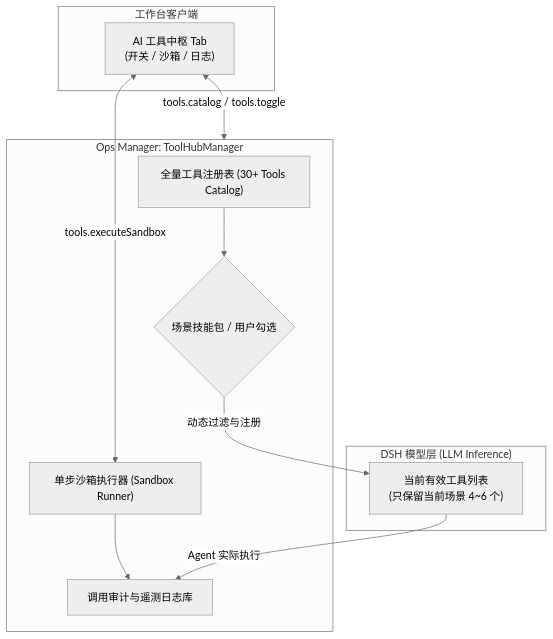
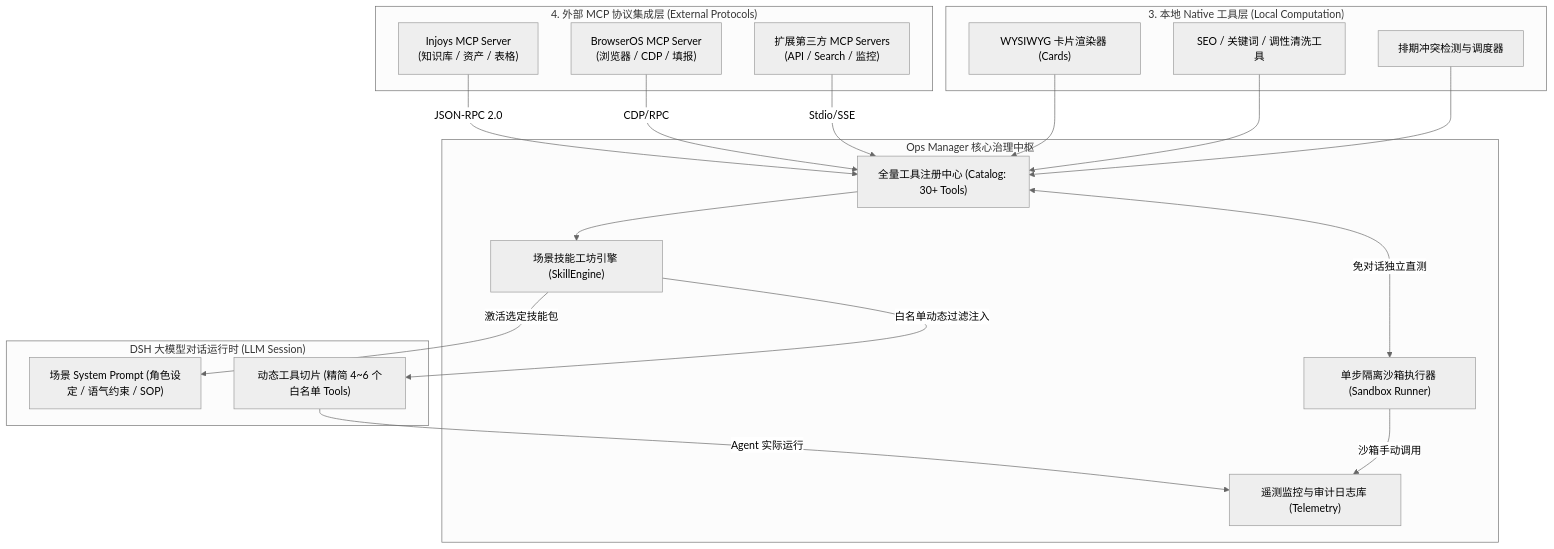
One commit to InJoysAI/dsh-growth-studio changed the fourth of 6 diagrams in docs/technical_architecture.md. Above: the diagram before and after it, drawn with Mermaid (neutral theme). The commit also changed other lines of this file and 1 other file, not shown here.

Commit message:
docs: update product requirements and technical architecture documentation

````diff
--- a/docs/technical_architecture.md
+++ b/docs/technical_architecture.md
@@ -682,24 +773,41 @@
 ```mermaid
 graph TD
-    subgraph DshCore ["DSH 模型层 (LLM Inference)"]
-        ActiveTools["当前有效工具列表<br/>(只保留当前场景 4~6 个)"]
+    subgraph Layer1 ["4. 外部 MCP 协议集成层 (External Protocols)"]
+        InjoysMCP["Injoys MCP Server<br/>(知识库 / 资产 / 表格)"]
+        BrowserOSMCP["BrowserOS MCP Server<br/>(浏览器 / CDP / 填报)"]
+        CustomMCP["扩展第三方 MCP Servers<br/>(API / Search / 监控)"]
     end
 
-    subgraph ToolHub ["Ops Manager: ToolHubManager"]
-        FullCatalog["全量工具注册表 (30+ Tools Catalog)"]
-        PresetSelector{"场景技能包 / 用户勾选"}
-        SandboxRunner["单步沙箱执行器 (Sandbox Runner)"]
-        TelemetryRecorder["调用审计与遥测日志库"]
+    subgraph Layer2 ["3. 本地 Native 工具层 (Local Computation)"]
+        NativeCards["WYSIWYG 卡片渲染器 (Cards)"]
+        NativeNLP["SEO / 关键词 / 调性清洗工具"]
+        NativeSched["排期冲突检测与调度器"]
     end
 
-    subgraph UI ["工作台客户端"]
-        HubUI["AI 工具中枢 Tab<br/>(开关 / 沙箱 / 日志)"]
+    subgraph ToolHub ["Ops Manager 核心治理中枢"]
+        Catalog["全量工具注册中心 (Catalog: 30+ Tools)"]
+        SkillEngine["场景技能工坊引擎 (SkillEngine)"]
+        SandboxRunner["单步隔离沙箱执行器 (Sandbox Runner)"]
+        TelemetryLogger["遥测监控与审计日志库 (Telemetry)"]
     end
 
-    FullCatalog --> PresetSelector
-    PresetSelector -->|动态过滤与注册| ActiveTools
-    HubUI <-->|tools.catalog / tools.toggle| ToolHub
-    HubUI <-->|tools.executeSandbox| SandboxRunner
-    SandboxRunner --> TelemetryRecorder
-    ActiveTools -->|Agent 实际执行| TelemetryRecorder
+    subgraph DshRuntime ["DSH 大模型对话运行时 (LLM Session)"]
+        SopPrompt["场景 System Prompt (角色设定 / 语气约束 / SOP)"]
+        ActiveToolSlice["动态工具切片 (精简 4~6 个白名单 Tools)"]
+    end
+
+    InjoysMCP -->|JSON-RPC 2.0| Catalog
+    BrowserOSMCP -->|CDP/RPC| Catalog
+    CustomMCP -->|Stdio/SSE| Catalog
+    NativeCards --> Catalog
+    NativeNLP --> Catalog
+    NativeSched --> Catalog
+
+    Catalog --> SkillEngine
+    SkillEngine -->|激活选定技能包| SopPrompt
+    SkillEngine -->|白名单动态过滤注入| ActiveToolSlice
+
+    Catalog <-->|免对话独立直测| SandboxRunner
+    ActiveToolSlice -->|Agent 实际运行| TelemetryLogger
+    SandboxRunner -->|沙箱手动调用| TelemetryLogger
 ```
````
